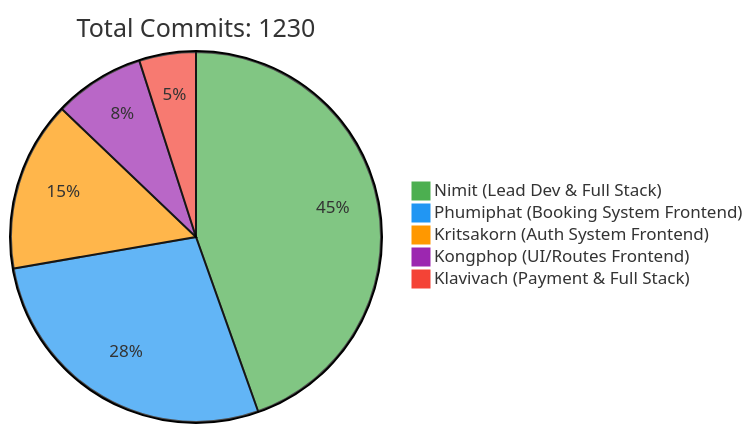
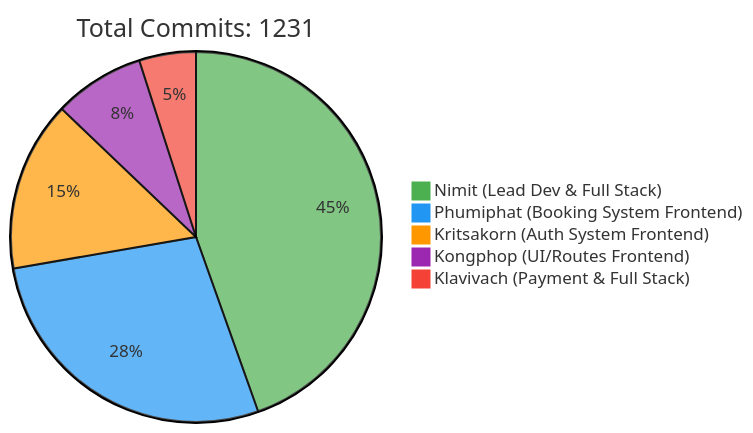
One commit to 6531503042/Sport-Complex changed the first of 2 diagrams in README.md. Above: the diagram before and after it, drawn with Mermaid. The commit also changed other lines of this file, not shown here.

Commit message:
docs: Update contributor statistics [skip ci]

````diff
--- a/README.md
+++ b/README.md
@@ -257,10 +257,10 @@
 ```mermaid
 %%{init: {'theme': 'base', 'themeVariables': { 'pie1': '#4CAF50', 'pie2': '#2196F3', 'pie3': '#FF9800', 'pie4': '#9C27B0', 'pie5': '#F44336'}}}%%
 pie
-    title Total Commits: 1230
+    title Total Commits: 1231
     "Nimit (Lead Dev & Full Stack)" : 450
     "Phumiphat (Booking System Frontend)" : 280
     "Kritsakorn (Auth System Frontend)" : 150
     "Kongphop (UI/Routes Frontend)" : 80
     "Klavivach (Payment & Full Stack)" : 50
 ```
````
